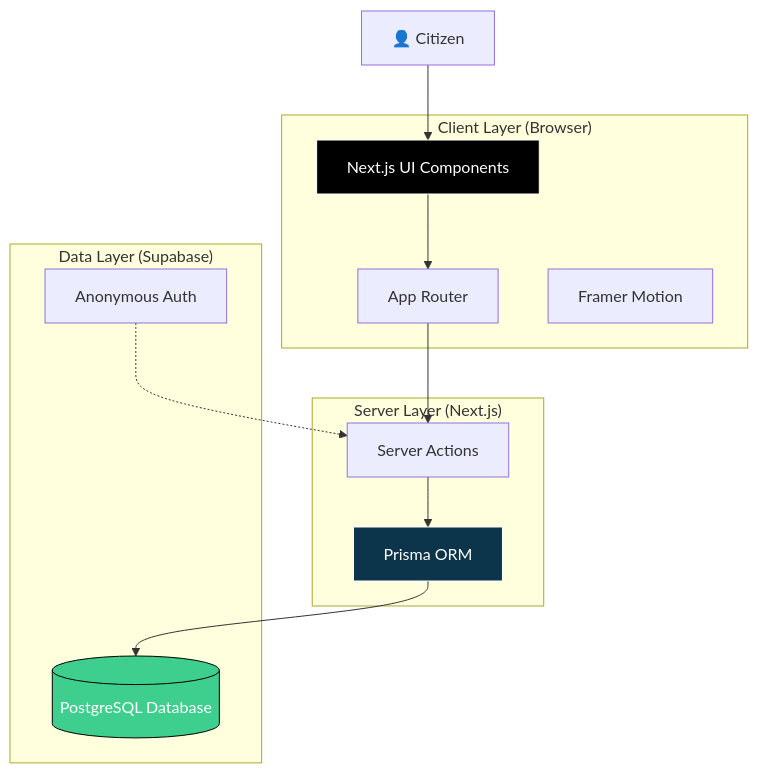
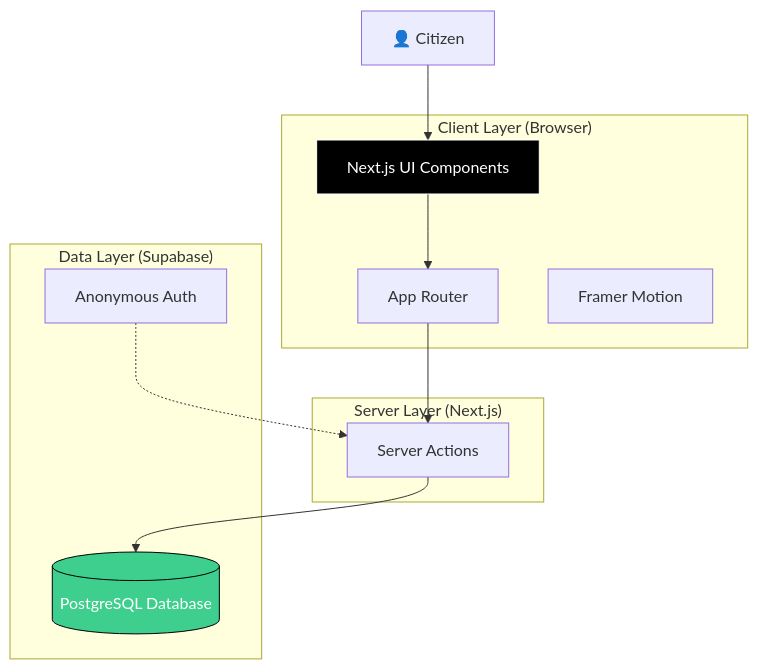
Before and after one commit to joaoSilva240/ouvidoria-ativa-boituva: the diagram in docs/diagrams/architecture_diagram.mermaid, drawn with Mermaid. The commit also changed 1 other file, not shown here.

Commit message:
docs: remove Prisma references from architecture documentation

```diff
--- a/docs/diagrams/architecture_diagram.mermaid
+++ b/docs/diagrams/architecture_diagram.mermaid
@@ -1,27 +1,24 @@
 graph TB
     subgraph "Client Layer (Browser)"
         UI[Next.js UI Components]
         Router[App Router]
         Motion[Framer Motion]
     end
     
     subgraph "Server Layer (Next.js)"
         SA[Server Actions]
-        Prisma[Prisma ORM]
     end
     
     subgraph "Data Layer (Supabase)"
         Auth[Anonymous Auth]
         DB[(PostgreSQL Database)]
     end
     
     User[👤 Citizen] --> UI
     UI --> Router
     Router --> SA
-    SA --> Prisma
-    Prisma --> DB
+    SA --> DB
     Auth -.-> SA
     
     style UI fill:#000,stroke:#fff,color:#fff
     style DB fill:#3ECF8E,stroke:#000,color:#fff
-    style Prisma fill:#0C344B,stroke:#fff,color:#fff
```
